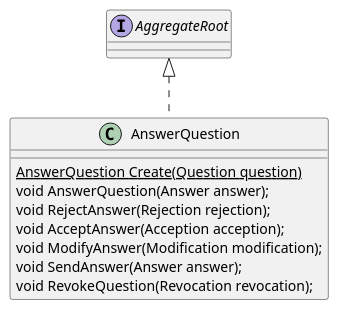
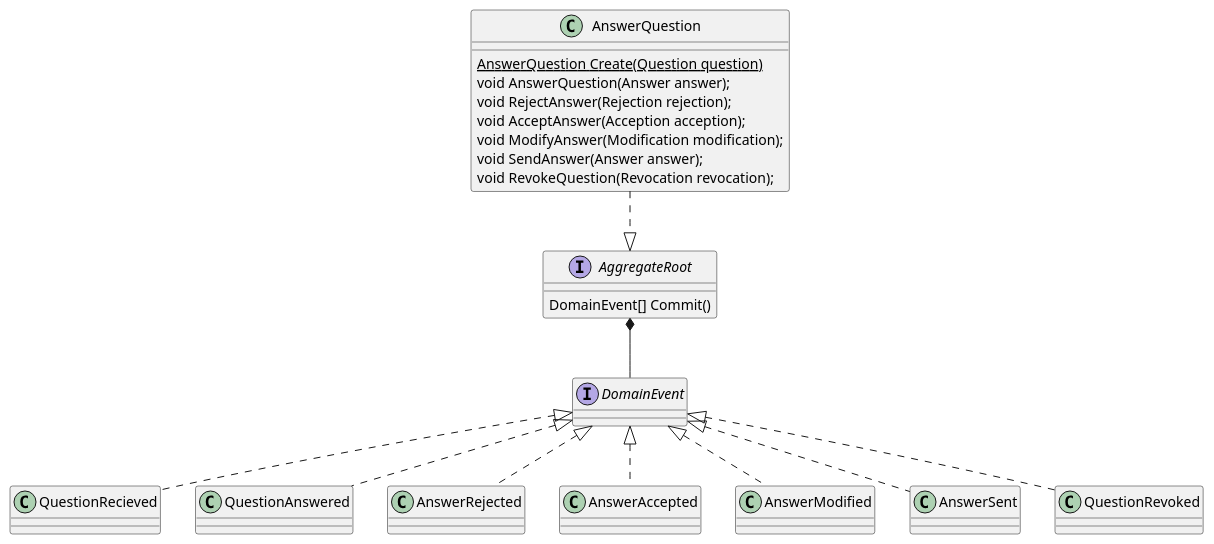
One commit to synionnl/blog changed the diagram in docs/blog/bizdevops/living-documentation.md. Above: the diagram before and after it, drawn with PlantUML.

Commit message:
domain model aangepast

````diff
--- a/docs/blog/bizdevops/living-documentation.md
+++ b/docs/blog/bizdevops/living-documentation.md
@@ -41,14 +41,30 @@
 ```plantuml
 
-class AnswerQuestion implements AggregateRoot
+interface AggregateRoot
+{
+    DomainEvent[] Commit()
+}
+
+class AnswerQuestion
 {
     {static} AnswerQuestion Create(Question question)
     void AnswerQuestion(Answer answer);
     void RejectAnswer(Rejection rejection);
     void AcceptAnswer(Acception acception);
     void ModifyAnswer(Modification modification);
     void SendAnswer(Answer answer);
     void RevokeQuestion(Revocation revocation);
 }
 
+class QuestionRecieved implements DomainEvent
+class QuestionAnswered implements DomainEvent
+class AnswerRejected implements DomainEvent
+class AnswerAccepted implements DomainEvent
+class AnswerModified implements DomainEvent
+class AnswerSent implements DomainEvent
+class QuestionRevoked implements DomainEvent
+
+AnswerQuestion .d.|> AggregateRoot
+AggregateRoot *-d- DomainEvent
+
 ```
````
